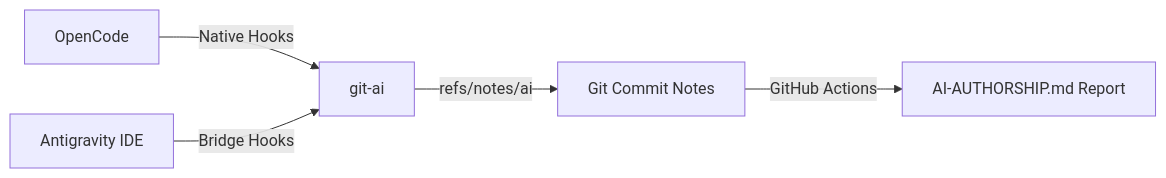
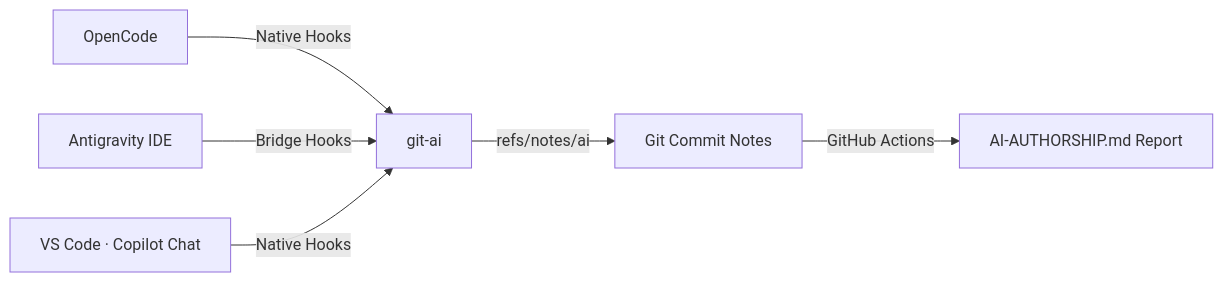
The diagram in README.md (CaliMark/ai-authorship), drawn with Mermaid before and after one commit. The commit also changed other lines of this file, not shown here.

Commit message:
docs: document verified VS Code / Copilot Chat attribution

````diff
--- a/README.md
+++ b/README.md
@@ -44,7 +46,8 @@
 ```mermaid
 graph LR
     A[OpenCode] -->|Native Hooks| C[git-ai]
     B[Antigravity IDE] -->|Bridge Hooks| C
-    C -->|refs/notes/ai| D[Git Commit Notes]
-    D -->|GitHub Actions| E[AI-AUTHORSHIP.md Report]
+    D[VS Code · Copilot Chat] -->|Native Hooks| C
+    C -->|refs/notes/ai| E[Git Commit Notes]
+    E -->|GitHub Actions| F[AI-AUTHORSHIP.md Report]
 ```
````
